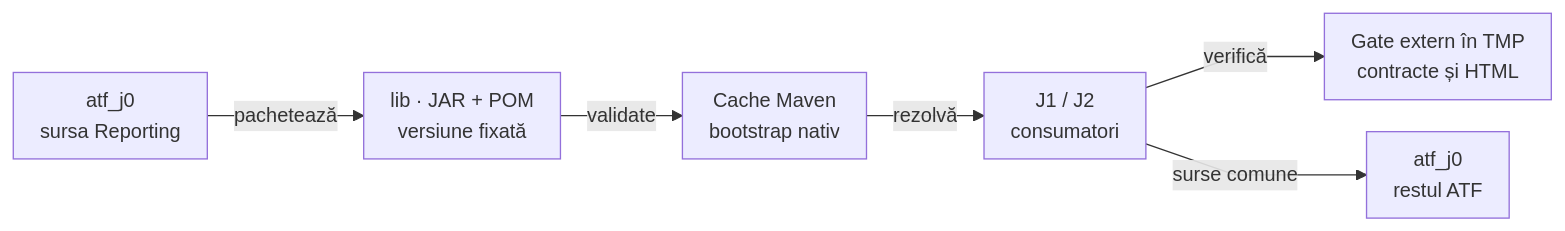
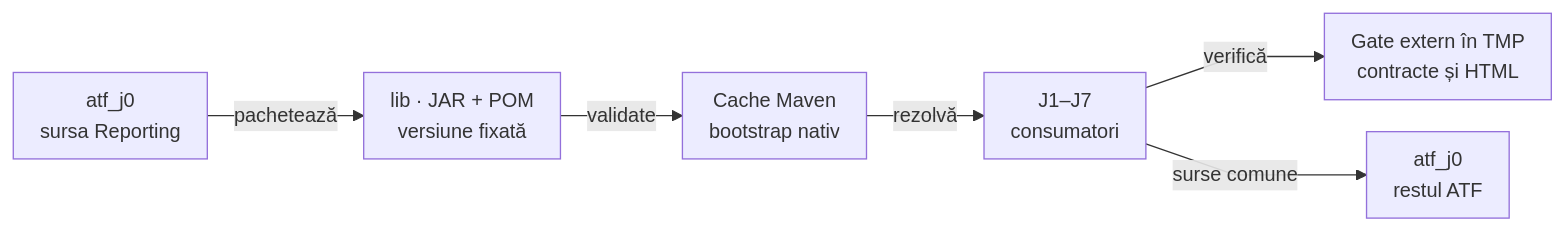
One commit to crististefanita/atf_j1 changed the diagram in docs/ATF_Reporting_Consumer.md. Above: the diagram before and after it, drawn with Mermaid. The commit also changed other lines of this file and 71 other files, not shown here.

````diff
--- a/docs/ATF_Reporting_Consumer.md
+++ b/docs/ATF_Reporting_Consumer.md
@@ -44,9 +46,9 @@
 ```mermaid
 %%{init: {"themeVariables":{"fontSize":"15px"},"themeCSS":".nodeLabel, .nodeLabel p { font-size: 15px !important; line-height: 1.35 !important; } .edgeLabel, .edgeLabel p { font-size: 12px !important; font-weight: 400 !important; line-height: 1.2 !important; } .edgeLabel .labelBkg, .edgeLabel p { background: transparent !important; } .edgeLabel foreignObject { transform: translateY(-18px); overflow: visible; } .node rect { rx: 6px; ry: 6px; }","flowchart":{"curve":"linear","nodeSpacing":24,"rankSpacing":40,"padding":10,"diagramPadding":16}}}%%
 flowchart LR
     Source["atf_j0<br/>sursa Reporting"] -->|pachetează| Library["lib · JAR + POM<br/>versiune fixată"]
     Library -->|validate| Repository["Cache Maven<br/>bootstrap nativ"]
-    Repository -->|rezolvă| Consumer["J1 / J2<br/>consumatori"]
+    Repository -->|rezolvă| Consumer["J1–J7<br/>consumatori"]
     Consumer -->|verifică| Tests["Gate extern în TMP<br/>contracte și HTML"]
     Consumer -->|surse comune| Mirror["atf_j0<br/>restul ATF"]
 ```
````
